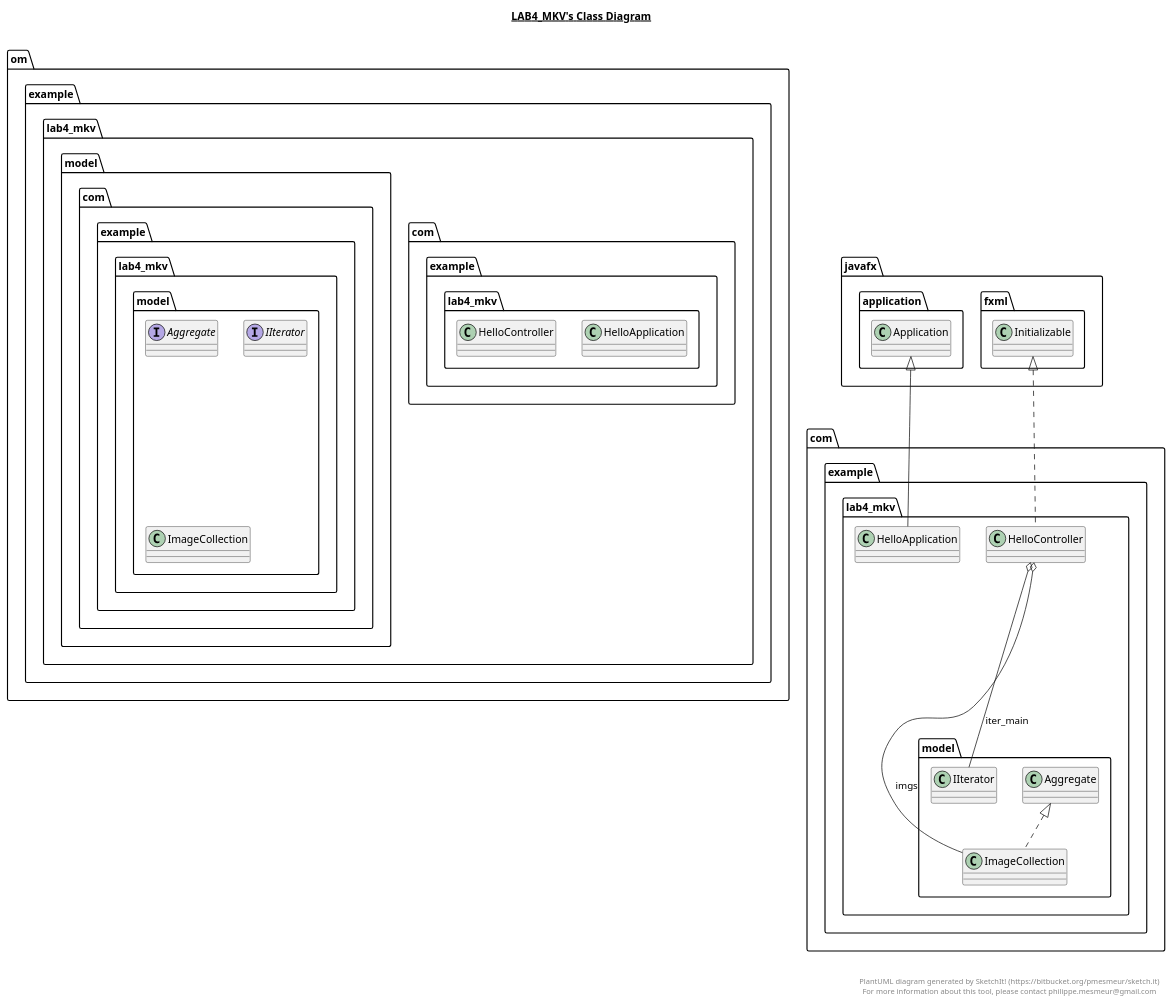
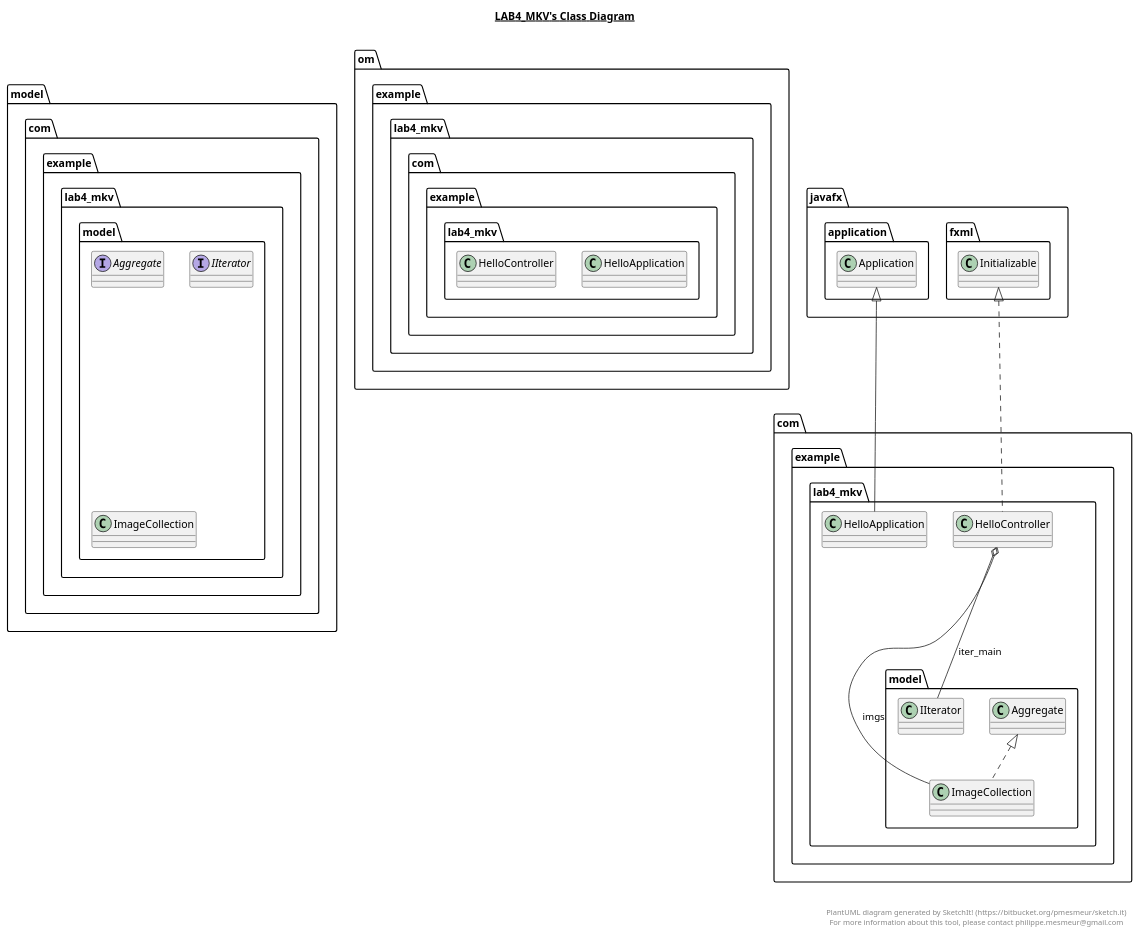
One commit to mkvr99/mkv_watch changed the diagram in lab4_mkv.plantuml. Above: the diagram before and after it, drawn with PlantUML. The commit also changed 4 other files, not shown here.

```diff
--- a/lab4_mkv.plantuml
+++ b/lab4_mkv.plantuml
@@ -1,64 +1,58 @@
 @startuml
 
 title __LAB4_MKV's Class Diagram__\n
 
 
     namespace om.example.lab4_mkv {
       class com.example.lab4_mkv.HelloApplication {
       }
     }
 
   
 
-
     namespace om.example.lab4_mkv {
       class com.example.lab4_mkv.HelloController {
       }
-    }
+      }
 
   
 
 
-    namespace om.example.lab4_mkv {
       namespace model {
         interface com.example.lab4_mkv.model.Aggregate {
         }
       }
-    }
+
   
 
 
-    namespace om.example.lab4_mkv {
       namespace model {
         interface com.example.lab4_mkv.model.IIterator {
         }
       }
-    }
 
   
 
 
-    namespace om.example.lab4_mkv {
       namespace model {
         class com.example.lab4_mkv.model.ImageCollection {
         }
       }
-    }
 
   
 
   com.example.lab4_mkv.HelloApplication -up-|> javafx.application.Application
   com.example.lab4_mkv.HelloController .up.|> javafx.fxml.Initializable
   com.example.lab4_mkv.HelloController o-- com.example.lab4_mkv.model.ImageCollection : imgs
   com.example.lab4_mkv.HelloController o-- com.example.lab4_mkv.model.IIterator : iter_main
   com.example.lab4_mkv.model.ImageCollection .up.|> com.example.lab4_mkv.model.Aggregate
 
 
 right footer
 
 
 PlantUML diagram generated by SketchIt! (https://bitbucket.org/pmesmeur/sketch.it)
 For more information about this tool, please contact philippe.mesmeur@gmail.com
 endfooter
 
 @enduml
```
